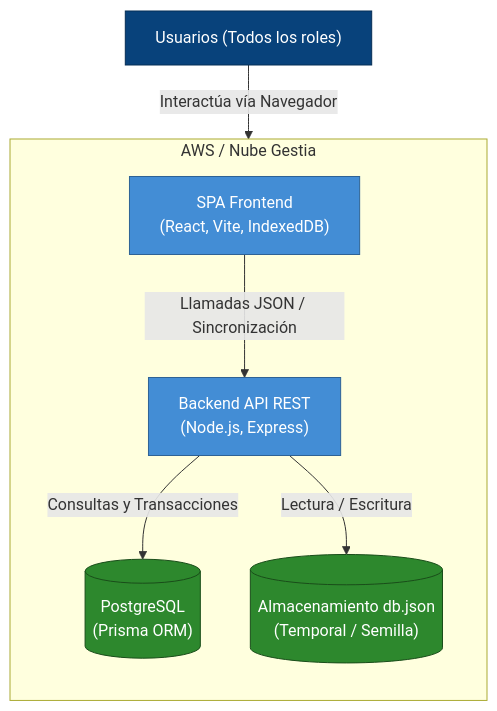
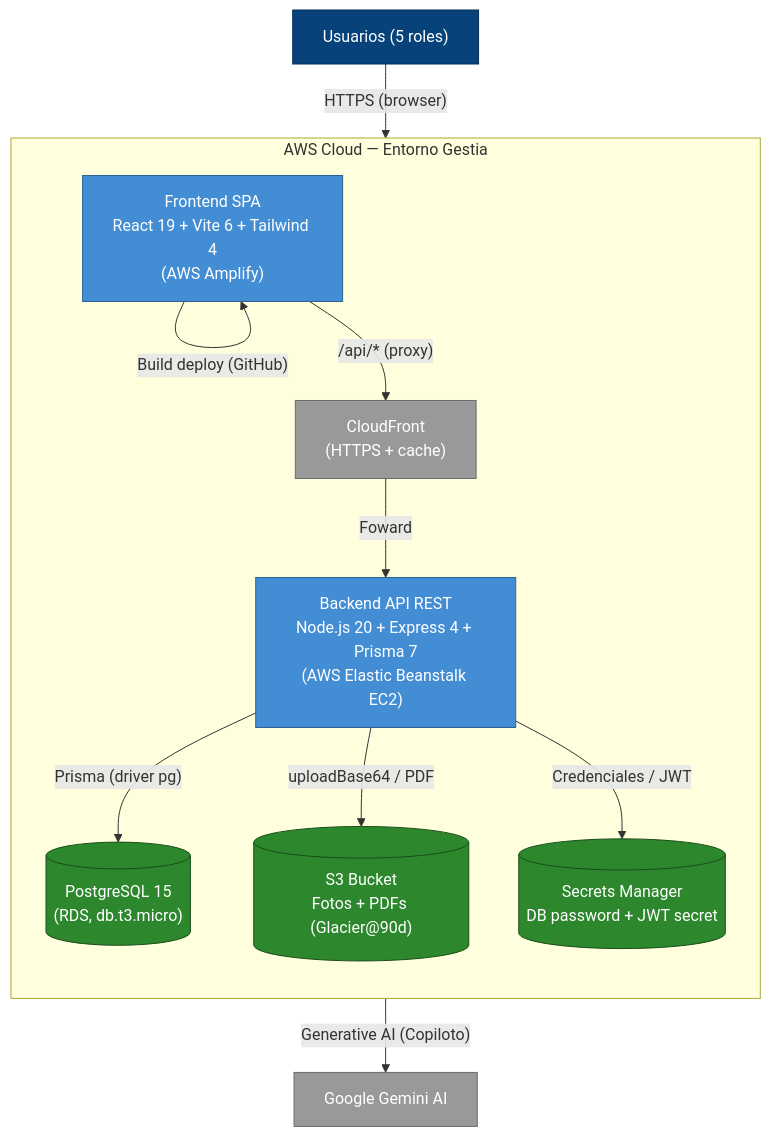
One commit to juanco1983/Gestia changed the second of 6 diagrams in Documentacion/architecture_c4.md. Above: the diagram before and after it, drawn with Mermaid. The commit also changed other lines of this file and 3 other files, not shown here.

````diff
--- a/Documentacion/architecture_c4.md
+++ b/Documentacion/architecture_c4.md
@@ -42,24 +62,30 @@
 ```mermaid
 flowchart TD
-    %% Estilos
     classDef person fill:#08427b,stroke:#052e56,color:#fff
     classDef container fill:#438dd5,stroke:#2e6295,color:#fff
     classDef db fill:#2d882d,stroke:#1a4d1a,color:#fff
-    classDef boundary fill:none,stroke:#666,stroke-width:2px,stroke-dasharray: 5 5
+    classDef external fill:#999999,stroke:#6b6b6b,color:#fff
 
-    Usuarios["Usuarios (Todos los roles)"]:::person
+    Usuarios["Usuarios (5 roles)"]:::person
 
-    subgraph Nube ["AWS / Nube Gestia"]
+    subgraph AWS ["AWS Cloud — Entorno Gestia"]
         direction TB
-        SPA["SPA Frontend\n(React, Vite, IndexedDB)"]:::container
-        API["Backend API REST\n(Node.js, Express)"]:::container
-        DB[("PostgreSQL\n(Prisma ORM)")]:::db
-        Storage[("Almacenamiento db.json\n(Temporal / Semilla)")]:::db
-        
-        SPA -- "Llamadas JSON / Sincronización" --> API
-        API -- "Consultas y Transacciones" --> DB
-        API -- "Lectura / Escritura" --> Storage
+        Amplify["Frontend SPA\nReact 19 + Vite 6 + Tailwind 4\n(AWS Amplify)"]:::container
+        CF["CloudFront\n(HTTPS + cache)"]:::external
+        EB["Backend API REST\nNode.js 20 + Express 4 + Prisma 7\n(AWS Elastic Beanstalk EC2)"]:::container
+        RDS[("PostgreSQL 15\n(RDS, db.t3.micro)")]:::db
+        S3[("S3 Bucket\nFotos + PDFs (Glacier@90d)")]:::db
+        Secrets[("Secrets Manager\nDB password + JWT secret")]:::db
     end
 
-    Usuarios -- "Interactúa vía Navegador" --> SPA
+    Gemini["Google Gemini AI"]:::external
+
+    Usuarios -- "HTTPS (browser)" --> Amplify
+    Amplify -- "Build deploy (GitHub) " --> Amplify
+    Amplify -- "/api/* (proxy) " --> CF
+    CF -- "Foward" --> EB
+    EB -- "Prisma (driver pg)" --> RDS
+    EB -- "uploadBase64 / PDF" --> S3
+    EB -- "Credenciales / JWT" --> Secrets
+    EB -- "Generative AI (Copiloto)" --> Gemini
 ```
````
